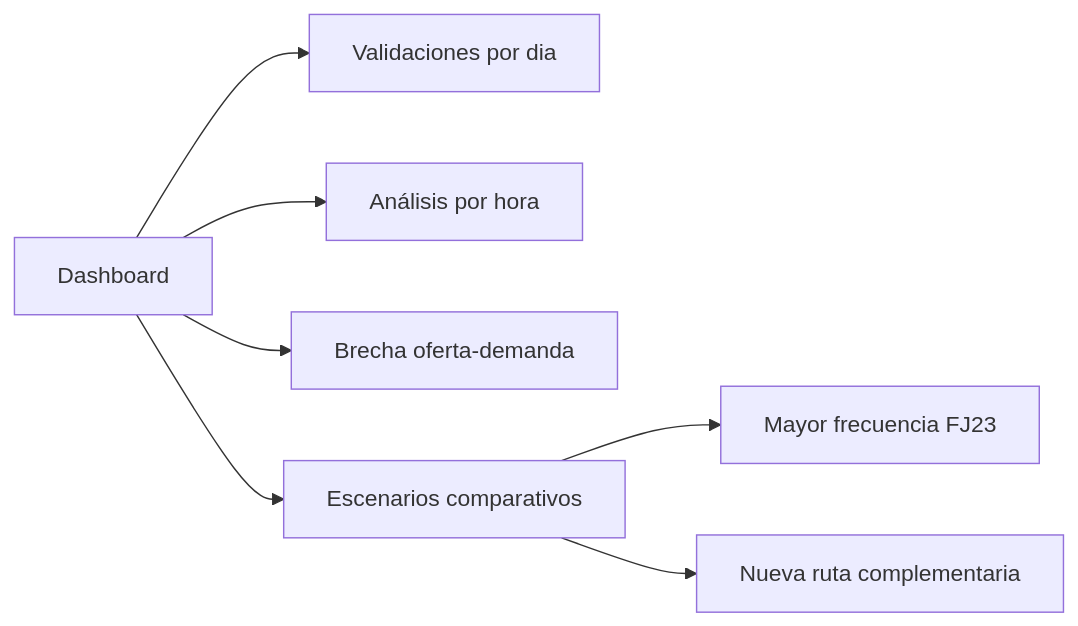
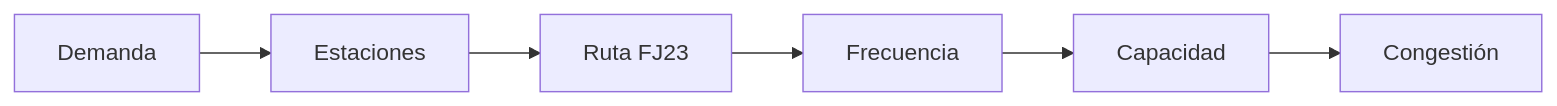
Before and after one commit to gabriela-mart1n/intro_a_ciencia_de_datos_expoandes03_grupo17_colmenares_colmenares_martin_moreno: the diagram in README.md, drawn with Mermaid. The commit also changed other lines of this file, not shown here.

````diff
--- a/README.md
+++ b/README.md
@@ -133,9 +83,8 @@
 ```mermaid
 flowchart LR
-    A[Dashboard] --> B[Validaciones por dia]
-    A --> C[Análisis por hora]
-    A --> D[Brecha oferta-demanda]
-    A --> E[Escenarios comparativos]
-    E --> F[Mayor frecuencia FJ23]
-    E --> G[Nueva ruta complementaria]
+A[Demanda] --> B[Estaciones]
+B --> C[Ruta FJ23]
+C --> D[Frecuencia]
+D --> E[Capacidad]
+E --> F[Congestión]
 ```
````
